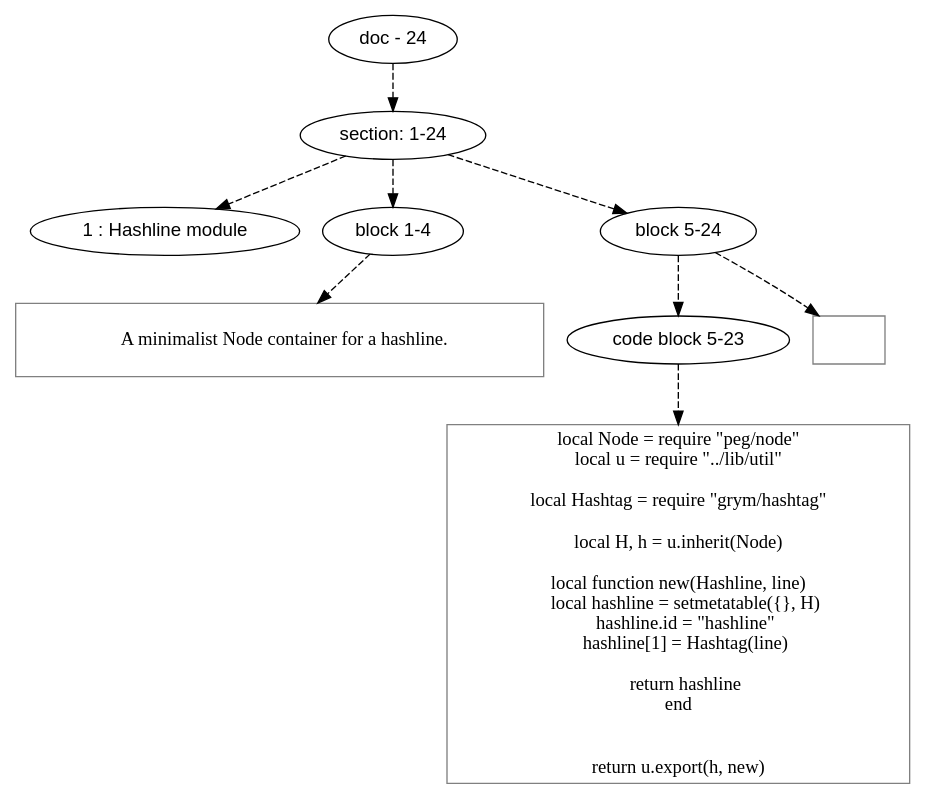
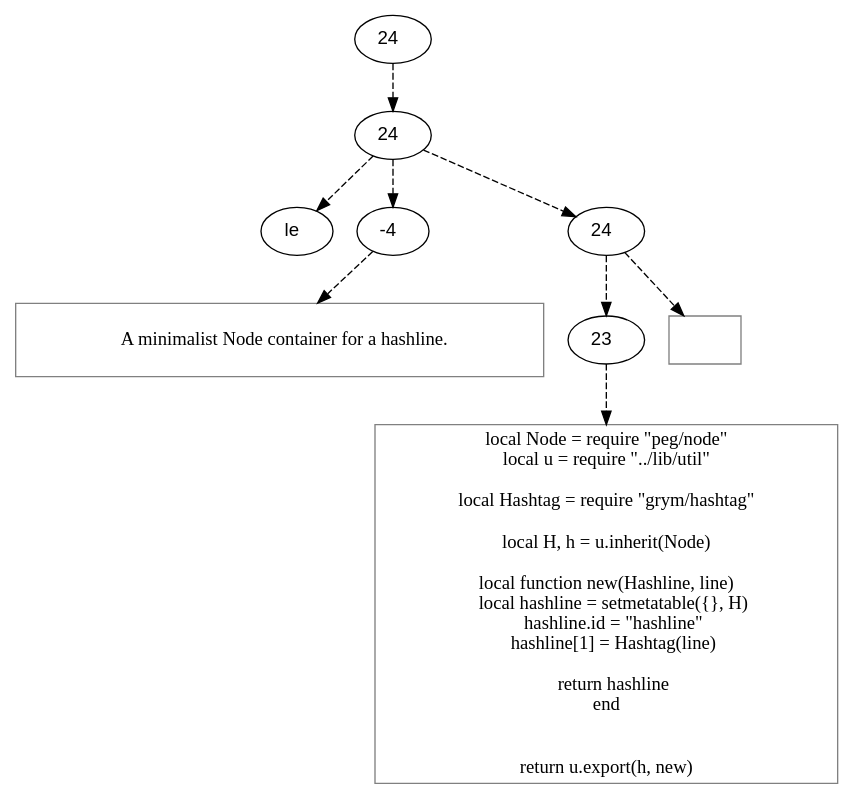
The diagram in doc/dot/grym/hashline.dot (mnemnion/orb), drawn with Graphviz before and after one commit. The commit also changed 122 other files, not shown here.

```diff
--- a/doc/dot/grym/hashline.dot
+++ b/doc/dot/grym/hashline.dot
@@ -1,53 +1,53 @@
 digraph hierarchy {
 
 node [fontname=Helvetica]
 edge [style=dashed]
 
-doc_0 [label="doc - 24"]
+doc_0 [label="24  "]
 
 doc_0 -> { section_1}
 {rank=same; section_1}
 
-section_1 [label="section: 1-24"]
+section_1 [label="24  "]
 
 section_1 -> { header_2 block_3 block_4}
 {rank=same; header_2 block_3 block_4}
 
-header_2 [label="1 : Hashline module"]
-block_3 [label="block 1-4"]
-block_4 [label="block 5-24"]
+header_2 [label="le  "]
+block_3 [label="-4  "]
+block_4 [label="24  "]
 
 
 block_3 -> leaf_5
 leaf_5  [color=Gray,shape=rectangle,fontname=Inconsolata,label="
    A minimalist Node container for a hashline.
 
 "]block_4 -> { codeblock_6}
 {rank=same; codeblock_6}
 
-codeblock_6 [label="code block 5-23"]
+codeblock_6 [label="23  "]
 
 
 codeblock_6 -> leaf_7
 leaf_7  [color=Gray,shape=rectangle,fontname=Inconsolata,label="local Node = require \"peg/node\"
 local u = require \"../lib/util\"
 
 local Hashtag = require \"grym/hashtag\"
 
 local H, h = u.inherit(Node)
 
 local function new(Hashline, line)
     local hashline = setmetatable({}, H)
     hashline.id = \"hashline\"
     hashline[1] = Hashtag(line)
 
     return hashline 
 end
 
 
 return u.export(h, new)
 "]
 block_4 -> leaf_8
 leaf_8  [color=Gray,shape=rectangle,fontname=Inconsolata,label="
 "]
 }
```
